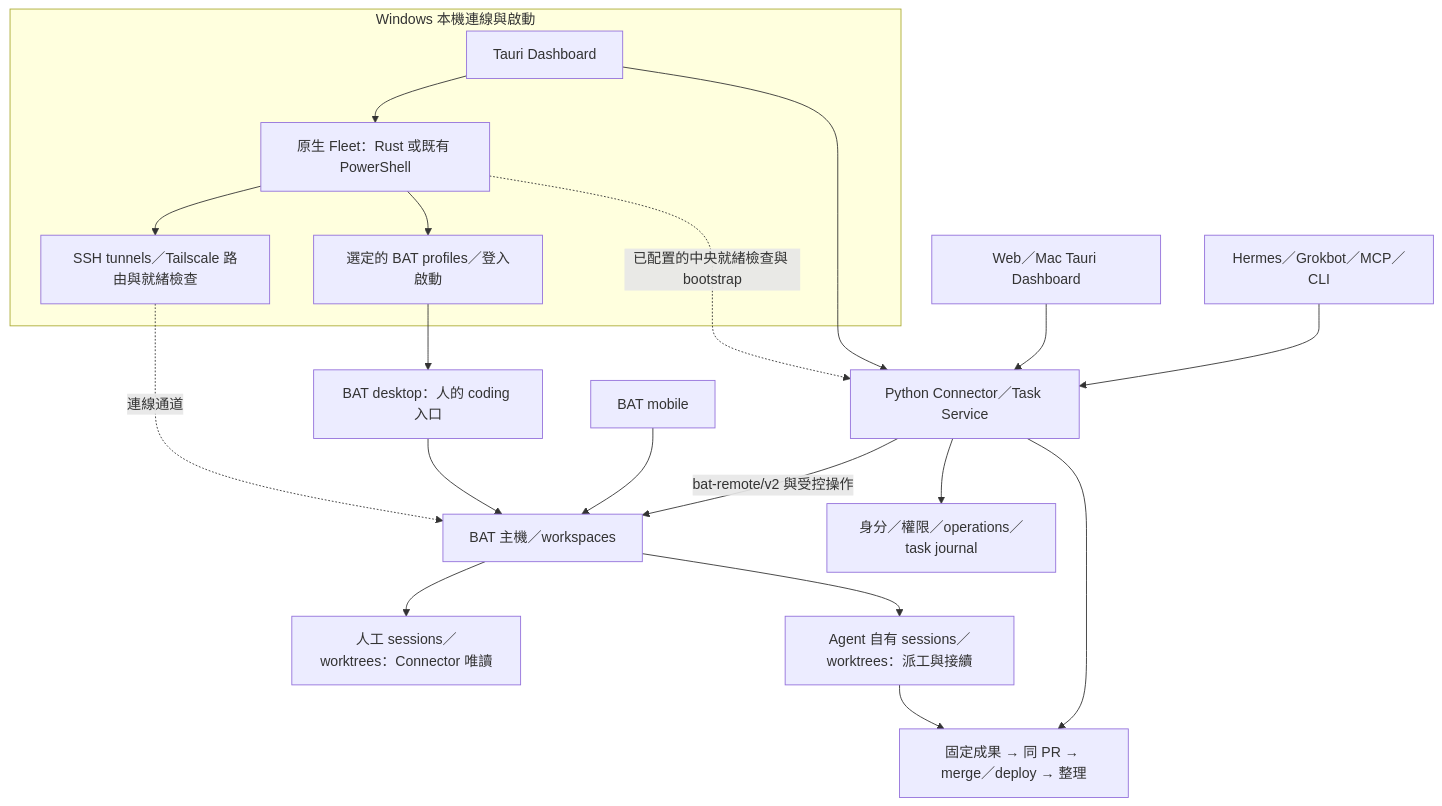
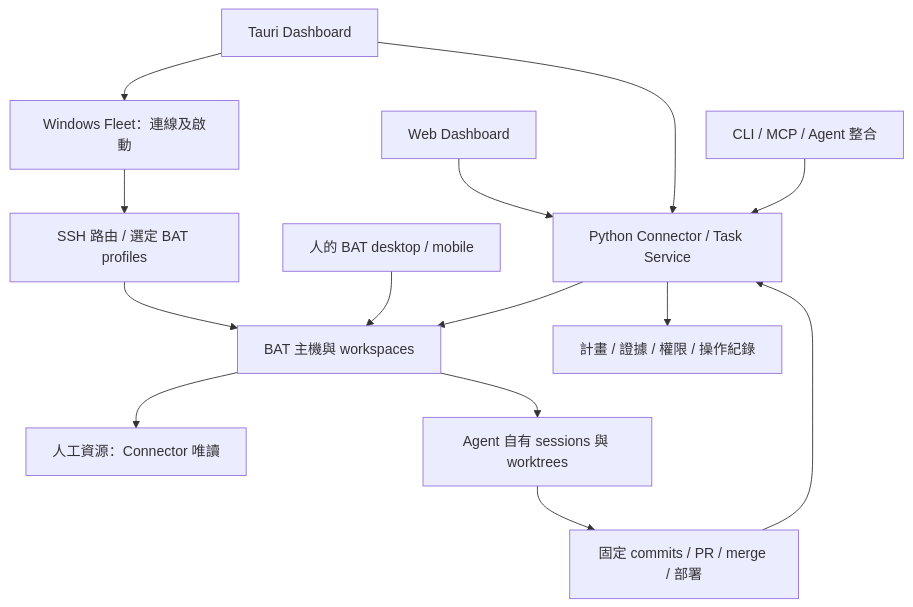
One commit to TED-H-com/bat-agent-connector changed the diagram in README.zh-TW.md. Above: the diagram before and after it, drawn with Mermaid. The commit also changed other lines of this file and 14 other files, not shown here.

````diff
--- a/README.zh-TW.md
+++ b/README.zh-TW.md
@@ -53,22 +65,16 @@
 ```mermaid
 flowchart TB
-    subgraph Windows[Windows 本機連線與啟動]
-        Desktop[Tauri Dashboard] --> Fleet[原生 Fleet：Rust 或既有 PowerShell]
-        Fleet --> Routes[SSH tunnels／Tailscale 路由與就緒檢查]
-        Fleet --> Profiles[選定的 BAT profiles／登入啟動]
-    end
-    Web[Web／Mac Tauri Dashboard] --> Central[Python Connector／Task Service]
-    Desktop --> Central
-    Agents[Hermes／Grokbot／MCP／CLI] --> Central
-    Fleet -. 已配置的中央就緒檢查與 bootstrap .-> Central
-    Routes -. 連線通道 .-> BAT[BAT 主機／workspaces]
-    Profiles --> Human[BAT desktop：人的 coding 入口]
-    Mobile[BAT mobile] --> BAT
-    Human --> BAT
-    Central -->|bat-remote/v2 與受控操作| BAT
-    Central --> Journal[身分／權限／operations／task journal]
-    BAT --> Manual[人工 sessions／worktrees：Connector 唯讀]
-    BAT --> Managed[Agent 自有 sessions／worktrees：派工與接續]
-    Managed --> Delivery[固定成果 → 同 PR → merge／deploy → 整理]
-    Central --> Delivery
+    Web[Web Dashboard] --> Central[Python Connector / Task Service]
+    Desktop[Tauri Dashboard] --> Central
+    API[CLI / MCP / Agent 整合] --> Central
+    Desktop --> Fleet[Windows Fleet：連線及啟動]
+    Fleet --> Routes[SSH 路由 / 選定 BAT profiles]
+    Routes --> BAT[BAT 主機與 workspaces]
+    Human[人的 BAT desktop / mobile] --> BAT
+    Central --> Journal[計畫 / 證據 / 權限 / 操作紀錄]
+    Central --> BAT
+    BAT --> Manual[人工資源：Connector 唯讀]
+    BAT --> Managed[Agent 自有 sessions 與 worktrees]
+    Managed --> Delivery[固定 commits / PR / merge / 部署]
+    Delivery --> Central
 ```
````
